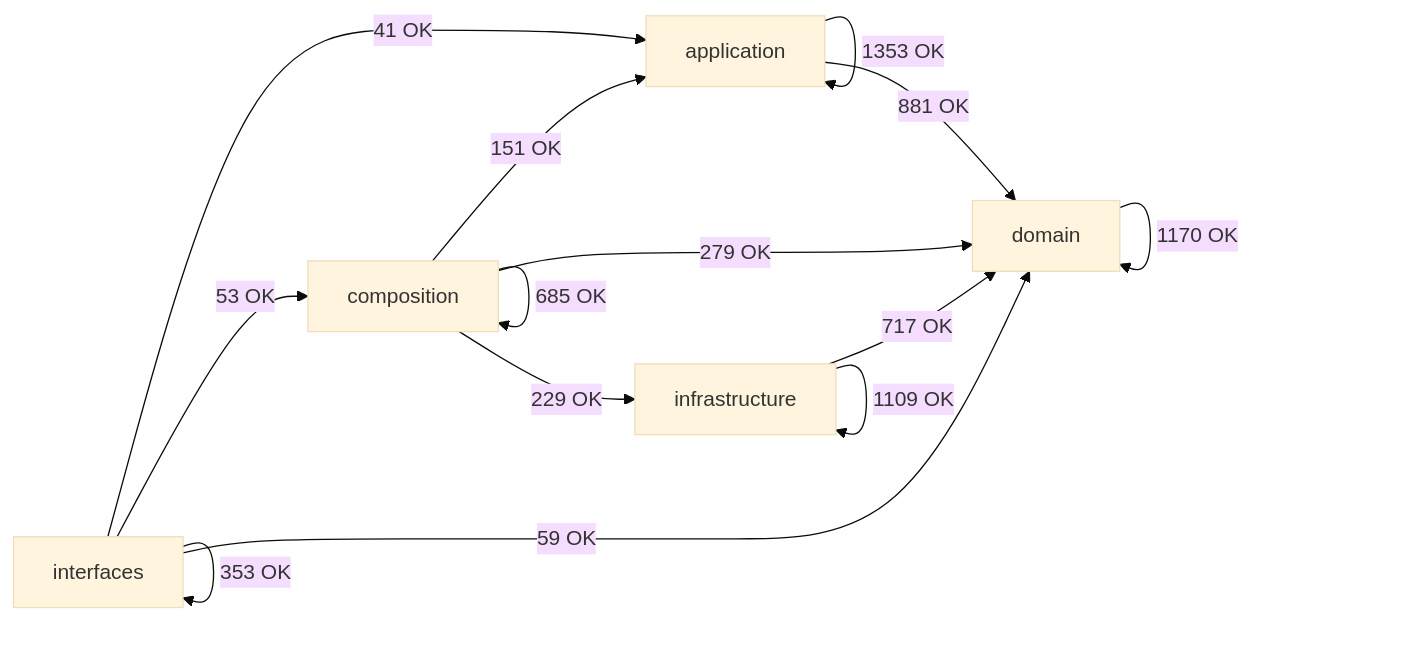
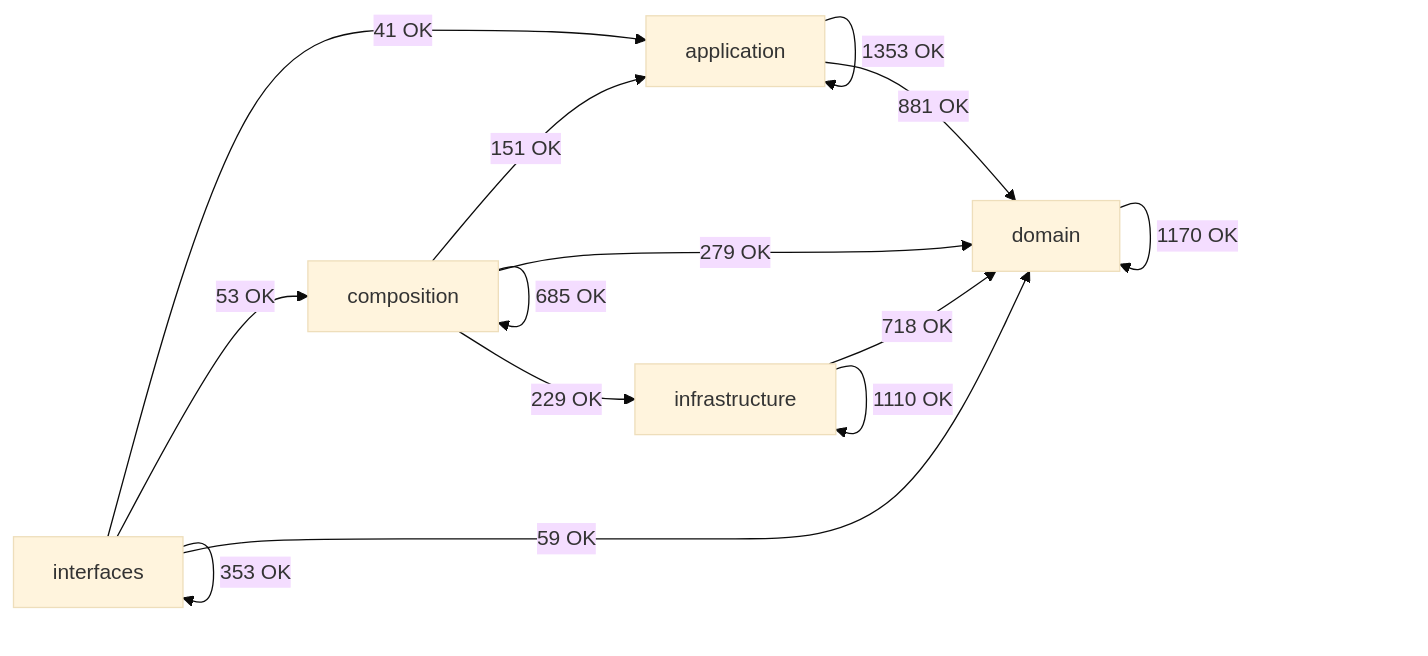
Before and after one commit to SatoryKono/BioactivityDataAcquisition: the diagram in docs/02-architecture/generated/module-dependency-map.md, drawn with Mermaid (base theme). The commit also changed other lines of this file and 25 other files, not shown here.

````diff
--- a/docs/02-architecture/generated/module-dependency-map.md
+++ b/docs/02-architecture/generated/module-dependency-map.md
@@ -17,21 +17,21 @@
 ```mermaid
 flowchart LR
     domain[domain]
     application[application]
     infrastructure[infrastructure]
     composition[composition]
     interfaces[interfaces]
     application -->|1353 OK| application
     application -->|881 OK| domain
     composition -->|151 OK| application
     composition -->|685 OK| composition
     composition -->|279 OK| domain
     composition -->|229 OK| infrastructure
     domain -->|1170 OK| domain
-    infrastructure -->|717 OK| domain
-    infrastructure -->|1109 OK| infrastructure
+    infrastructure -->|718 OK| domain
+    infrastructure -->|1110 OK| infrastructure
     interfaces -->|41 OK| application
     interfaces -->|53 OK| composition
     interfaces -->|59 OK| domain
     interfaces -->|353 OK| interfaces
 ```
````
